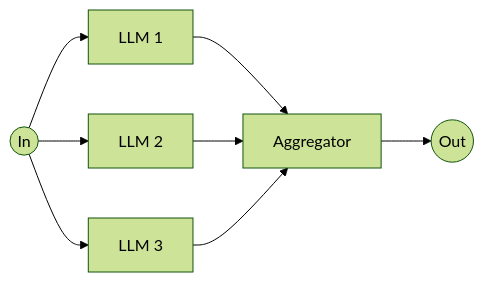
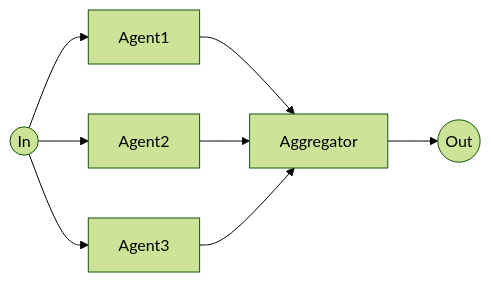
One commit to rootstrap/mars changed the diagram in examples/parallel_workflow/diagram.md. Above: the diagram before and after it, drawn with Mermaid (forest theme). The commit also changed 14 other files, not shown here.

````diff
--- a/examples/parallel_workflow/diagram.md
+++ b/examples/parallel_workflow/diagram.md
@@ -1,16 +1,16 @@
 ```mermaid
 flowchart LR
 in((In))
 out((Out))
 aggregator[Aggregator]
-llm_1[LLM 1]
-llm_2[LLM 2]
-llm_3[LLM 3]
-in --> llm_1
-in --> llm_2
-in --> llm_3
-llm_1 --> aggregator
+agent1[Agent1]
+agent2[Agent2]
+agent3[Agent3]
+in --> agent1
+in --> agent2
+in --> agent3
+agent1 --> aggregator
 aggregator --> out
-llm_2 --> aggregator
-llm_3 --> aggregator
+agent2 --> aggregator
+agent3 --> aggregator
 ```
````
